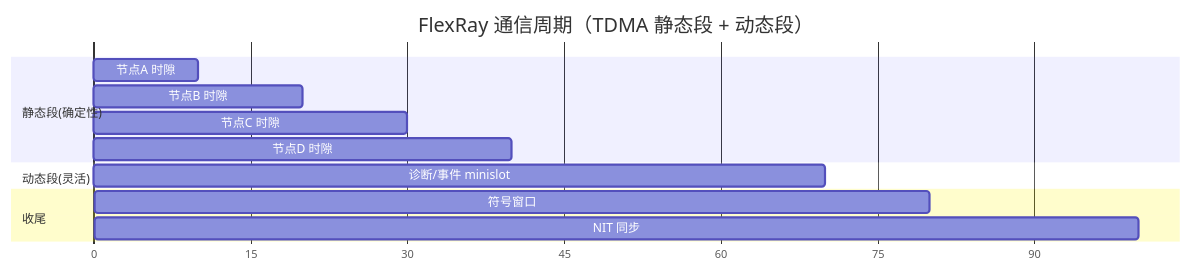
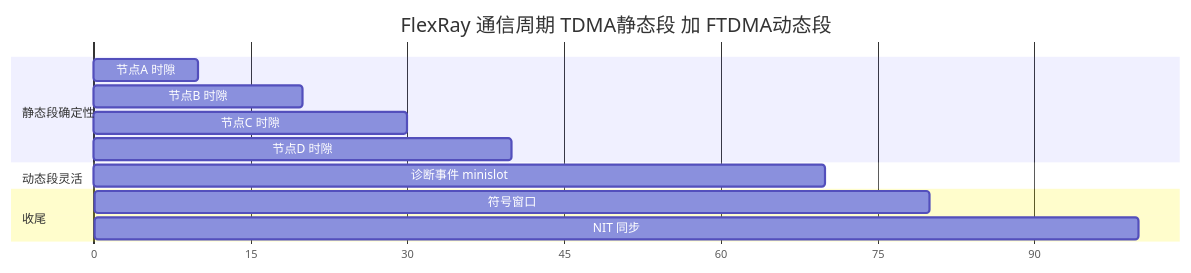
One commit to 1208826038/embedded-skill-notes changed the second of 14 diagrams in articles/p07-flexray.md. Above: the diagram before and after it, drawn with Mermaid. The commit also changed other lines of this file, not shown here.

````diff
--- a/articles/p07-flexray.md
+++ b/articles/p07-flexray.md
@@ -51,16 +139,16 @@
 ```mermaid
 gantt
-    title FlexRay 通信周期（TDMA 静态段 + 动态段）
+    title FlexRay 通信周期 TDMA静态段 加 FTDMA动态段
     dateFormat X
     axisFormat %s
-    section 静态段(确定性)
+    section 静态段确定性
     节点A 时隙 : 0, 10
     节点B 时隙 : 10, 20
     节点C 时隙 : 20, 30
     节点D 时隙 : 30, 40
-    section 动态段(灵活)
-    诊断/事件 minislot : 40, 70
+    section 动态段灵活
+    诊断事件 minislot : 40, 70
     section 收尾
     符号窗口 : 70, 80
     NIT 同步 : 80, 100
 ```
````
